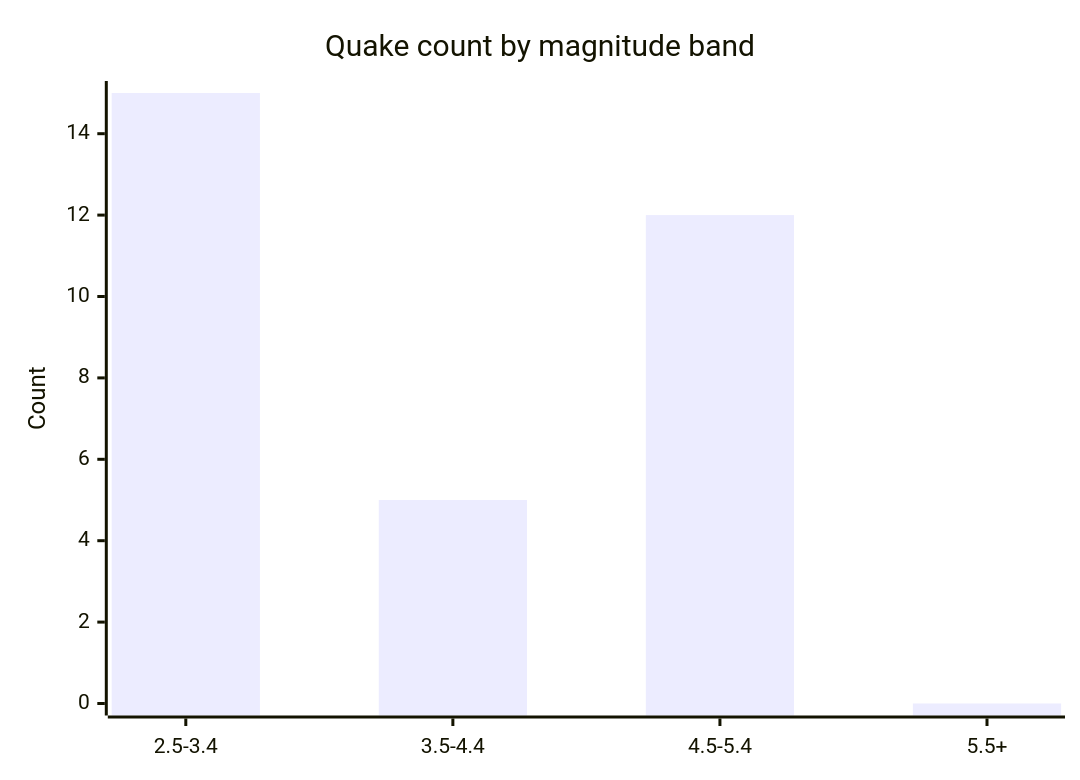
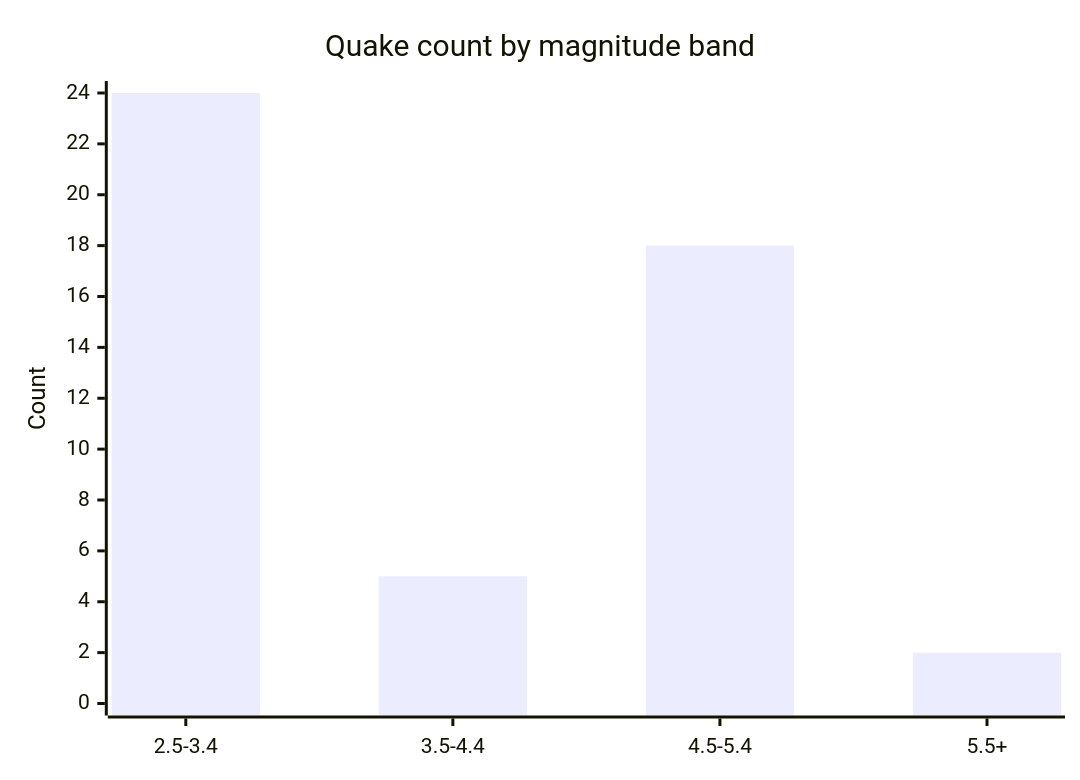
The fifth of 6 diagrams in docs/GRAPHS.md (Midwest-Stratospheric/aerostratospheric-defense-gir), drawn with Mermaid before and after one commit. The commit also changed other lines of this file and 26 other files, not shown here.

````diff
--- a/docs/GRAPHS.md
+++ b/docs/GRAPHS.md
@@ -82,7 +82,7 @@
 ```mermaid
 xychart-beta
   title "Quake count by magnitude band"
   x-axis ["2.5-3.4", "3.5-4.4", "4.5-5.4", "5.5+"]
-  y-axis "Count" 0 --> 15
-  bar [15, 5, 12, 0]
+  y-axis "Count" 0 --> 24
+  bar [24, 5, 18, 2]
 ```
````
